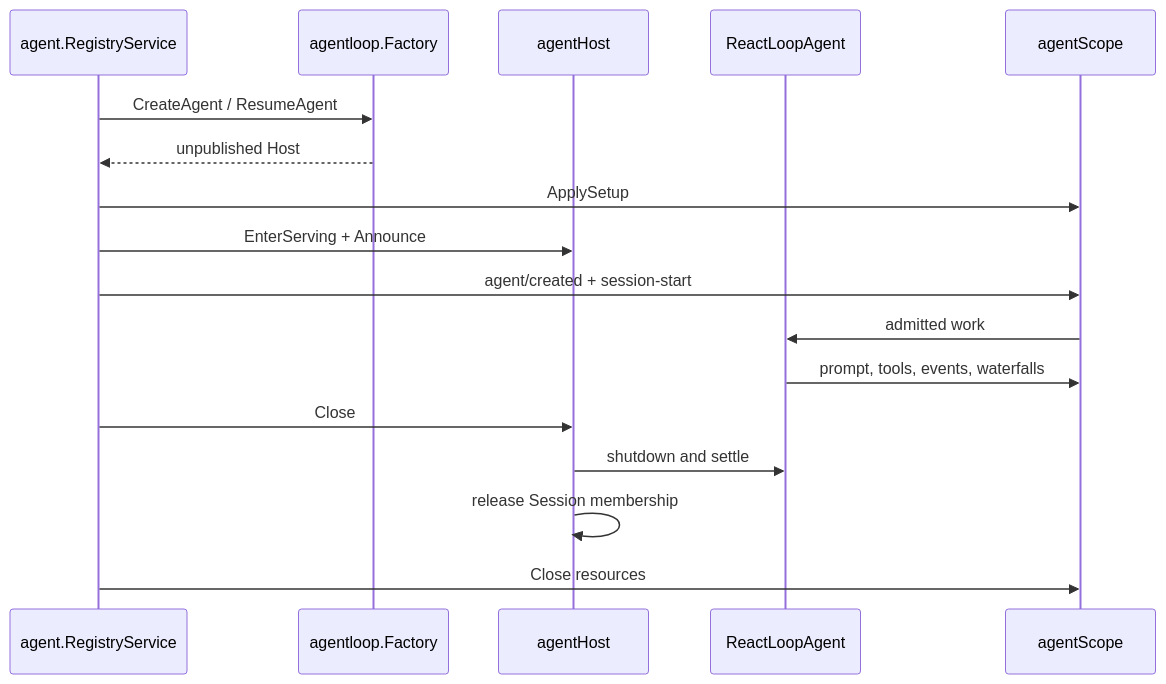
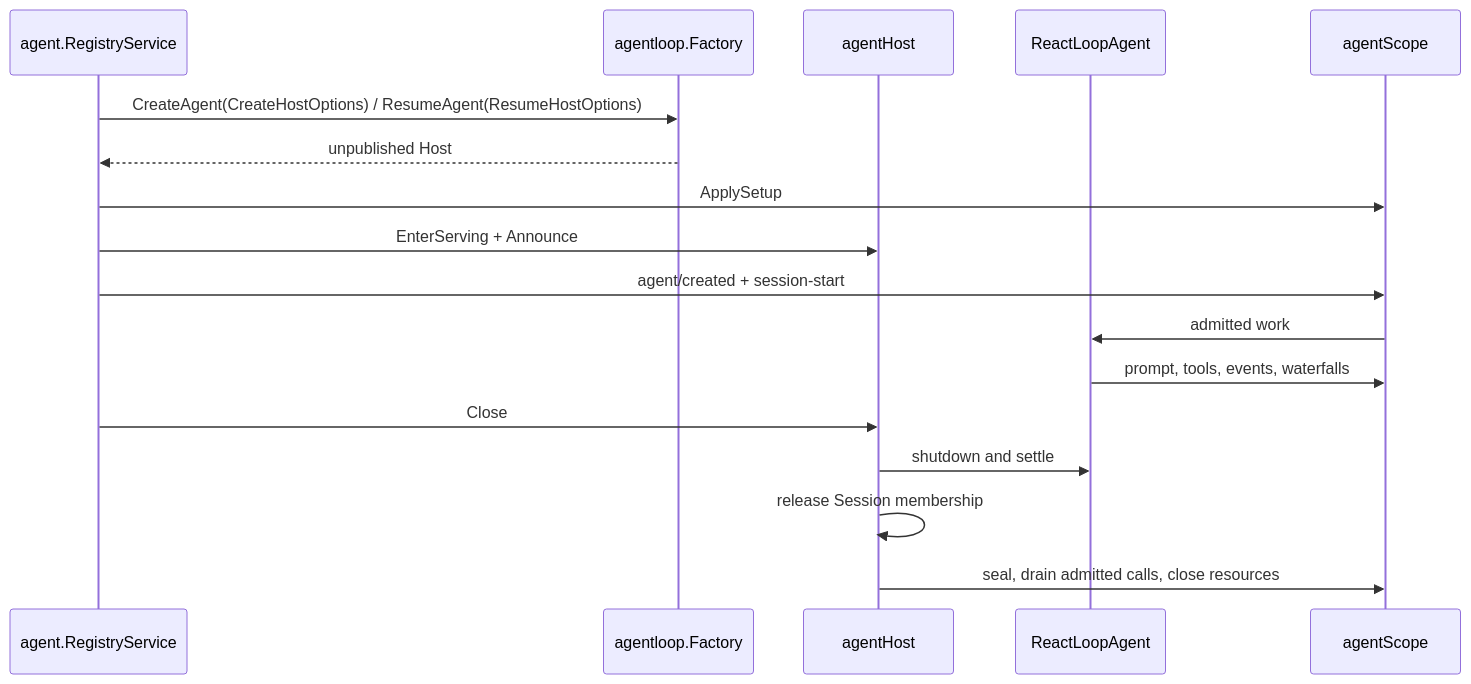
The second of 2 diagrams in agentloop/README.zh-CN.md (gorenx/goren), drawn with Mermaid before and after one commit. The commit also changed other lines of this file and 13 other files, not shown here.

````diff
--- a/agentloop/README.zh-CN.md
+++ b/agentloop/README.zh-CN.md
@@ -78,20 +80,20 @@
 ```mermaid
 sequenceDiagram
     participant Registry as agent.RegistryService
     participant Factory as agentloop.Factory
     participant Host as agentHost
     participant RLA as ReactLoopAgent
     participant Scope as agentScope
 
-    Registry->>Factory: CreateAgent / ResumeAgent
+	Registry->>Factory: CreateAgent(CreateHostOptions) / ResumeAgent(ResumeHostOptions)
     Factory-->>Registry: unpublished Host
     Registry->>Scope: ApplySetup
     Registry->>Host: EnterServing + Announce
     Registry->>Scope: agent/created + session-start
     Scope->>RLA: admitted work
     RLA->>Scope: prompt, tools, events, waterfalls
-    Registry->>Host: Close
+	Registry->>Host: Close
     Host->>RLA: shutdown and settle
     Host->>Host: release Session membership
-    Registry->>Scope: Close resources
+	Host->>Scope: seal, drain admitted calls, close resources
 ```
````
